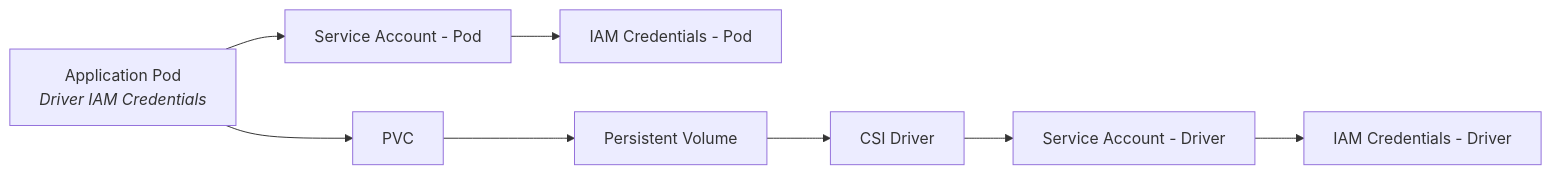
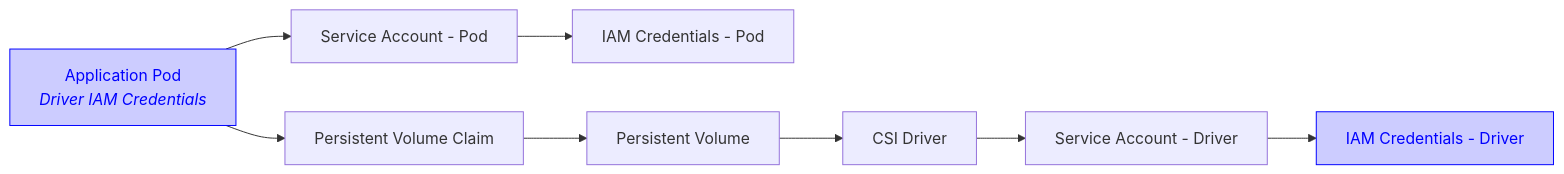
The first of 4 diagrams in docs/CONFIGURATION.md (awslabs/mountpoint-s3-csi-driver), drawn with Mermaid before and after one commit. The commit also changed other lines of this file, not shown here.

````diff
--- a/docs/CONFIGURATION.md
+++ b/docs/CONFIGURATION.md
@@ -27,28 +36,31 @@
 ```mermaid
 graph LR;
     CSI[CSI Driver]
 
     P["`Application Pod
     *Driver IAM Credentials*`"]
 
     SA_D[Service Account - Driver]
     SA_P[Service Account - Pod]
 
     IAM_D[IAM Credentials - Driver]
     IAM_P[IAM Credentials - Pod]
 
     PV[Persistent Volume]
-    PVC[PVC]
+    PVC[Persistent Volume Claim]
 
     P --> PVC
 
     PVC --> PV
 
     PV --> CSI
 
     CSI --> SA_D
     P --> SA_P
 
     SA_D --> IAM_D
     SA_P --> IAM_P
+
+    style IAM_D stroke:#0000ff,fill:#ccccff,color:#0000ff
+    style P stroke:#0000ff,fill:#ccccff,color:#0000ff
 ```
````
